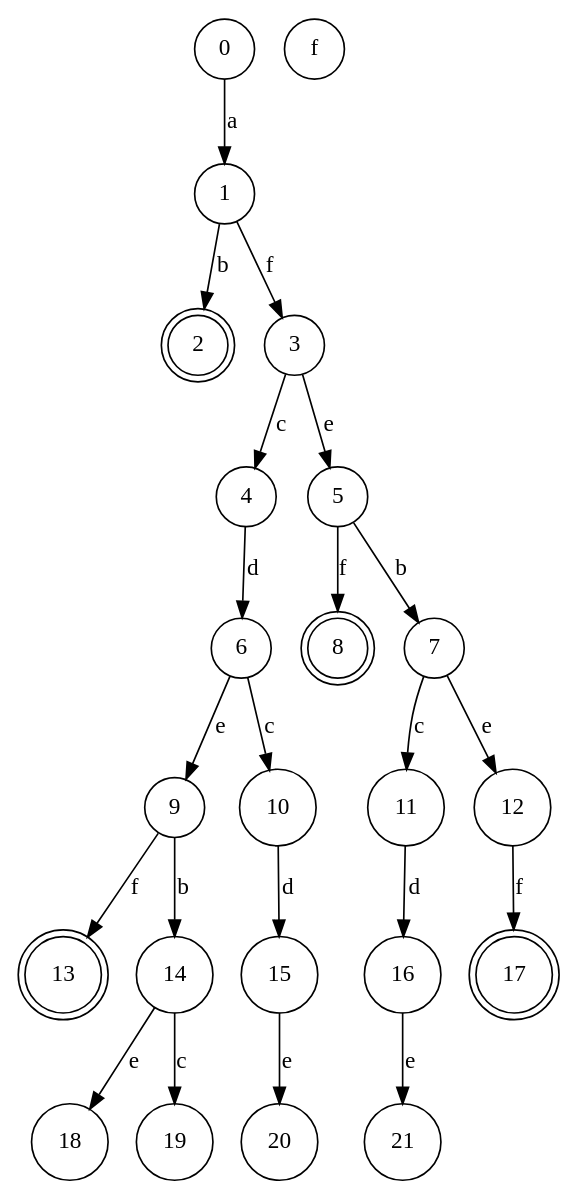
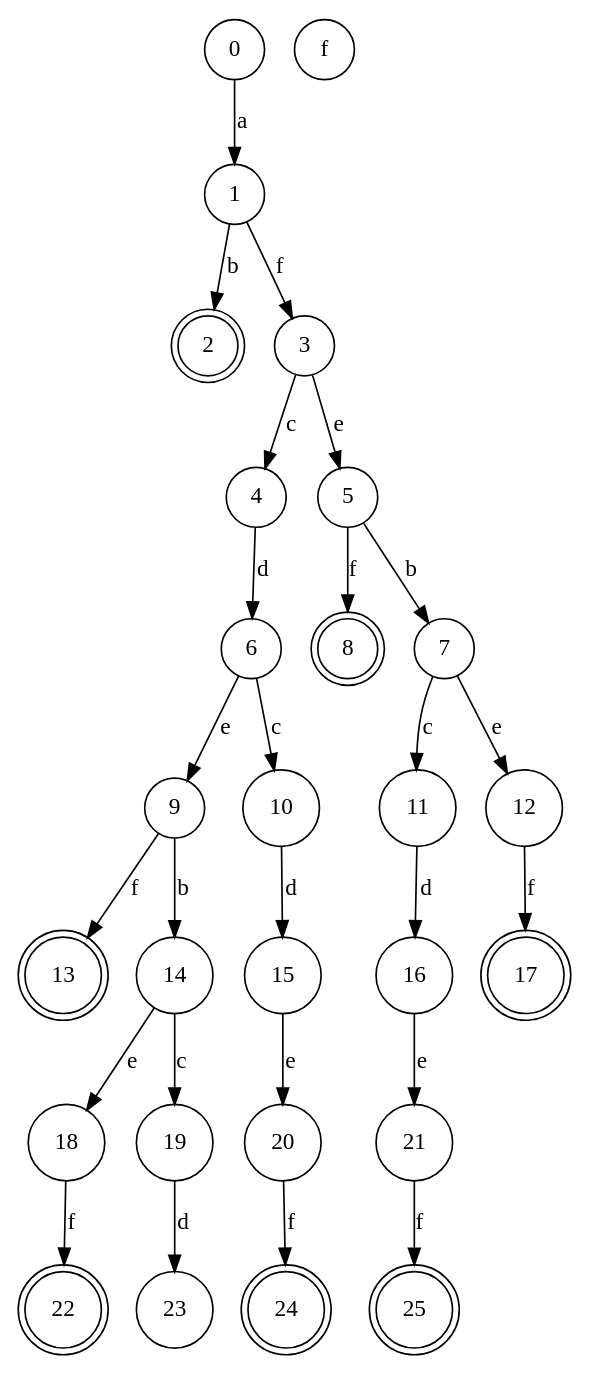
The diagram in states.dot (dvberkel/bergen), drawn with Graphviz before and after one commit. The commit also changed 1 other file, not shown here.

```diff
--- a/states.dot
+++ b/states.dot
@@ -1,29 +1,35 @@
 digraph {
   node [shape=circle];
   2 [shape=doublecircle];
   8 [shape=doublecircle];
   13 [shape=doublecircle];
   17 [shape=doublecircle];
+  22 [shape=doublecircle];
+  24 [shape=doublecircle];
+  25 [shape=doublecircle];
   0 -> 1 [label="a"];
   1 -> 2 [label="b"];
   1 -> 3 [label="f"];
   3 -> 4 [label="c"];
   3 -> 5 [label="e"];
   4 -> 6 [label="d"];
   5 -> 7 [label="b"];
   5 -> 8 [label="f"];
   6 -> 9 [label="e"];
   6 -> 10 [label="c"];
   7 -> 11 [label="c"];f
   7 -> 12 [label="e"];
   9 -> 13 [label="f"];
   9 -> 14 [label="b"];
   10 -> 15 [label="d"];
   11 -> 16 [label="d"];
   12 -> 17 [label="f"];
   14 -> 18 [label="e"];
   14 -> 19 [label="c"];
   15 -> 20 [label="e"];
   16 -> 21 [label="e"];
-  
+  18 -> 22 [label="f"];
+  19 -> 23 [label="d"];
+  20 -> 24 [label="f"];
+  21 -> 25 [label="f"];
 }
```
